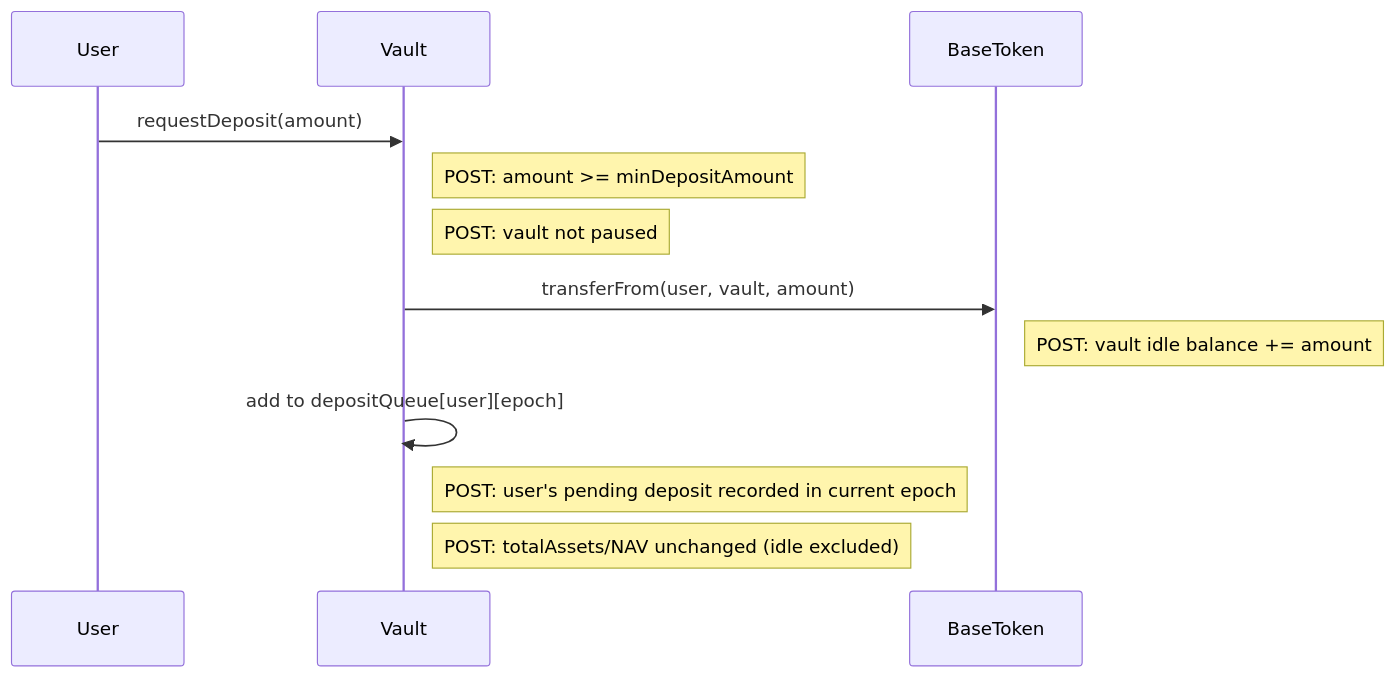
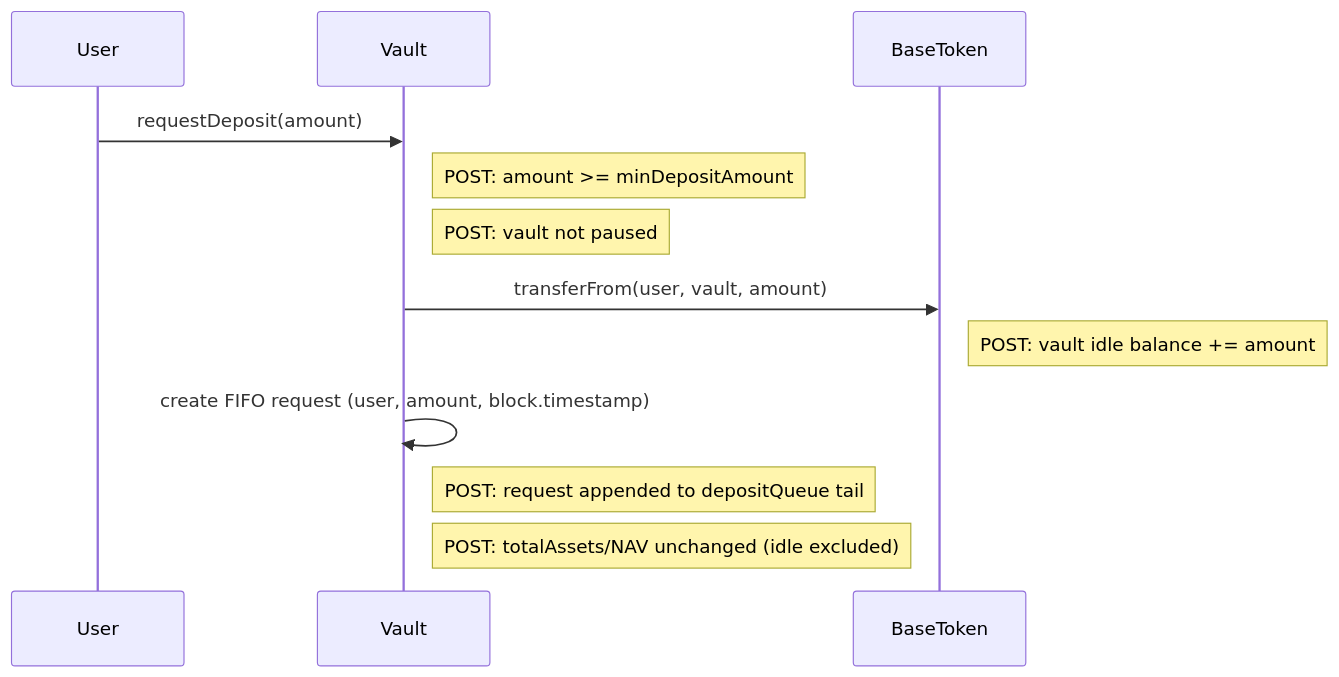
The first of 17 diagrams in docs/architecture/call-diagrams.md (evgenynacu/leverage-vaults), drawn with Mermaid before and after one commit. The commit also changed other lines of this file and 10 other files, not shown here.

````diff
--- a/docs/architecture/call-diagrams.md
+++ b/docs/architecture/call-diagrams.md
@@ -5,11 +5,11 @@
 ```mermaid
 sequenceDiagram
     User->>Vault: requestDeposit(amount)
     note right of Vault: POST: amount >= minDepositAmount
     note right of Vault: POST: vault not paused
     Vault->>BaseToken: transferFrom(user, vault, amount)
     note right of BaseToken: POST: vault idle balance += amount
-    Vault->>Vault: add to depositQueue[user][epoch]
-    note right of Vault: POST: user's pending deposit recorded in current epoch
+    Vault->>Vault: create FIFO request (user, amount, block.timestamp)
+    note right of Vault: POST: request appended to depositQueue tail
     note right of Vault: POST: totalAssets/NAV unchanged (idle excluded)
 ```
````
